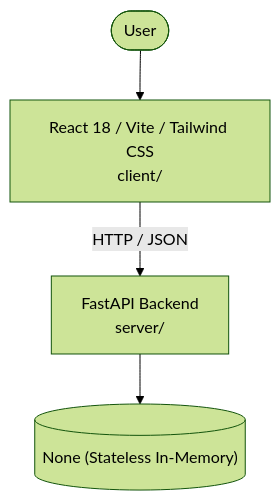
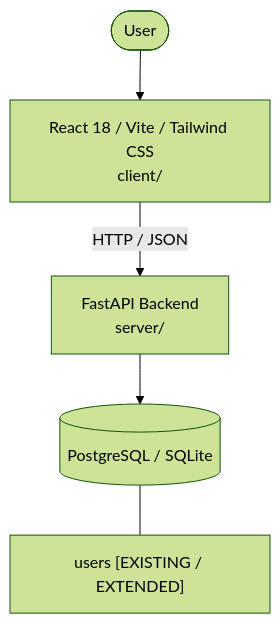
The diagram in architecture.md (p67428378-afk/test2), drawn with Mermaid (forest theme) before and after one commit. The commit also changed other lines of this file and 23 other files, not shown here.

````diff
--- a/architecture.md
+++ b/architecture.md
@@ -6,10 +6,11 @@
 ```mermaid
 graph TD
   User([User])
   UI["React 18 / Vite / Tailwind CSS<br/>client/"]
   API["FastAPI Backend<br/>server/"]
-  DB[("None (Stateless In-Memory)")]
+  DB[("PostgreSQL / SQLite")]
   User --> UI
   UI -->|HTTP / JSON| API
   API --> DB
+  DB --- tbl_users__EXISTING___EXTENDED_["users [EXISTING / EXTENDED]"]
 ```
````
